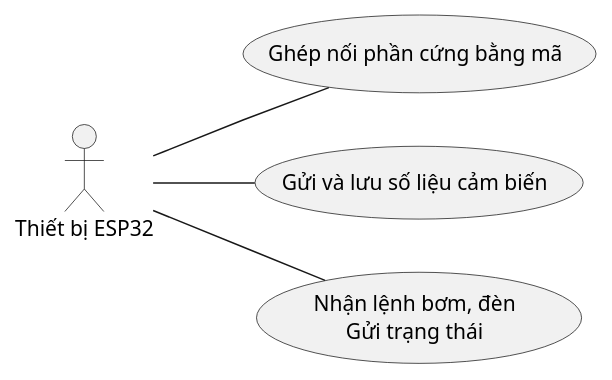
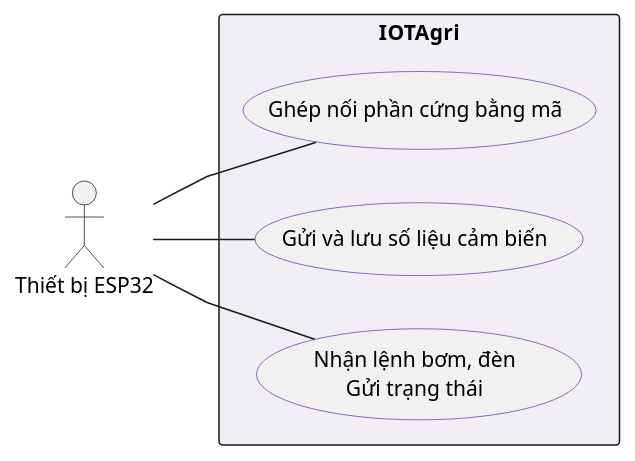
Before and after one commit to huuanh1411/IOTAgri: the fourth of 5 diagrams in docs/diagrams/use-case.puml, drawn with PlantUML. The commit also changed other lines of this file and 17 other files, not shown here.

Commit message:
docs: match UML reference with actors outside system boundary

```diff
--- a/docs/diagrams/use-case.puml
+++ b/docs/diagrams/use-case.puml
@@ -73,15 +85,19 @@
 @startuml use-case-esp
 left to right direction
 skinparam actorStyle stickman
 skinparam shadowing false
 skinparam linetype polyline
-' Một sơ đồ cho mỗi actor; không dùng khung bao.
-' SVG do render-use-cases.py xuất có actor ở giữa, use case tỏa ra hai bên.
+skinparam usecaseBorderColor #7138A0
+skinparam rectangleBackgroundColor #F1EEF5
+' Actor ở ngoài khung hệ thống; các use case bố trí so le bên trong.
+' SVG do render-use-cases.py xuất giữ bố cục theo hình mẫu UML.
 actor "Thiết bị ESP32" as ESP
-usecase "Ghép nối phần cứng bằng mã" as ESPUC1
-usecase "Gửi và lưu số liệu cảm biến" as ESPUC2
-usecase "Nhận lệnh bơm, đèn\nGửi trạng thái" as ESPUC3
+rectangle "IOTAgri" {
+  usecase "Ghép nối phần cứng bằng mã" as ESPUC1
+  usecase "Gửi và lưu số liệu cảm biến" as ESPUC2
+  usecase "Nhận lệnh bơm, đèn\nGửi trạng thái" as ESPUC3
+}
 ESP -- ESPUC1
 ESP -- ESPUC2
 ESP -- ESPUC3
 @enduml
```
